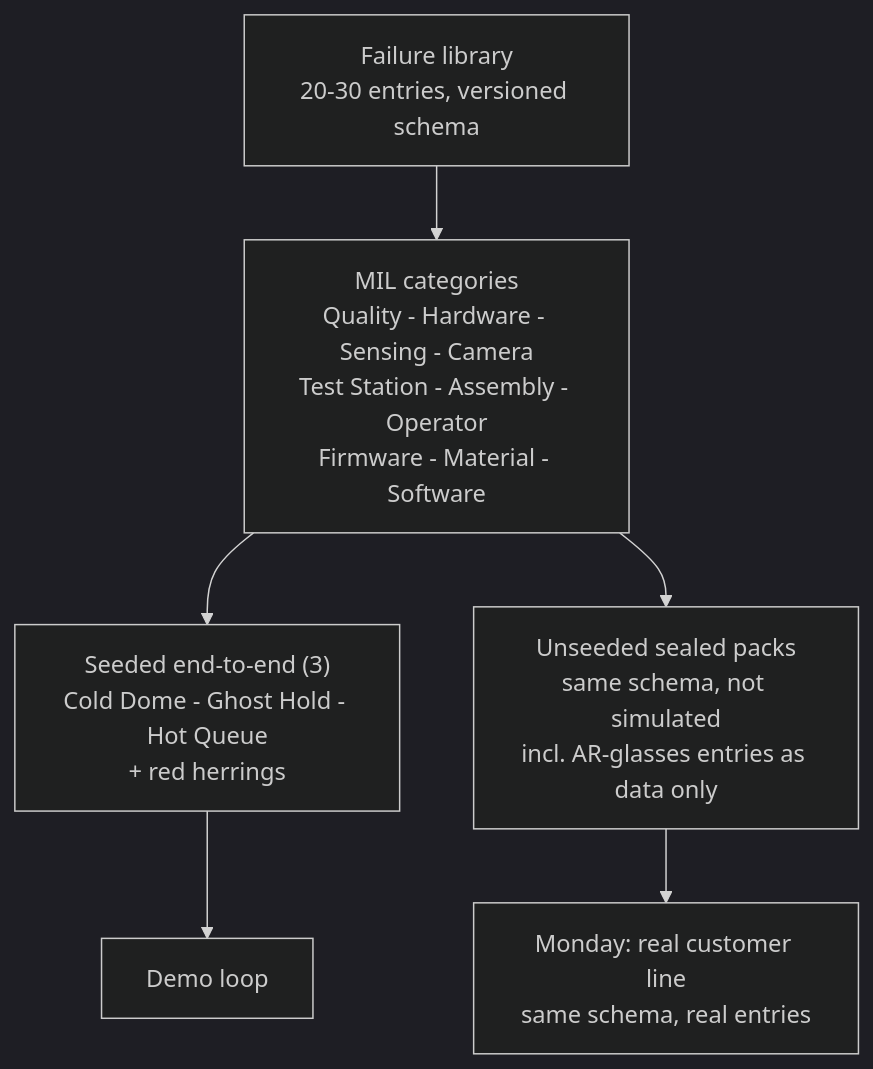
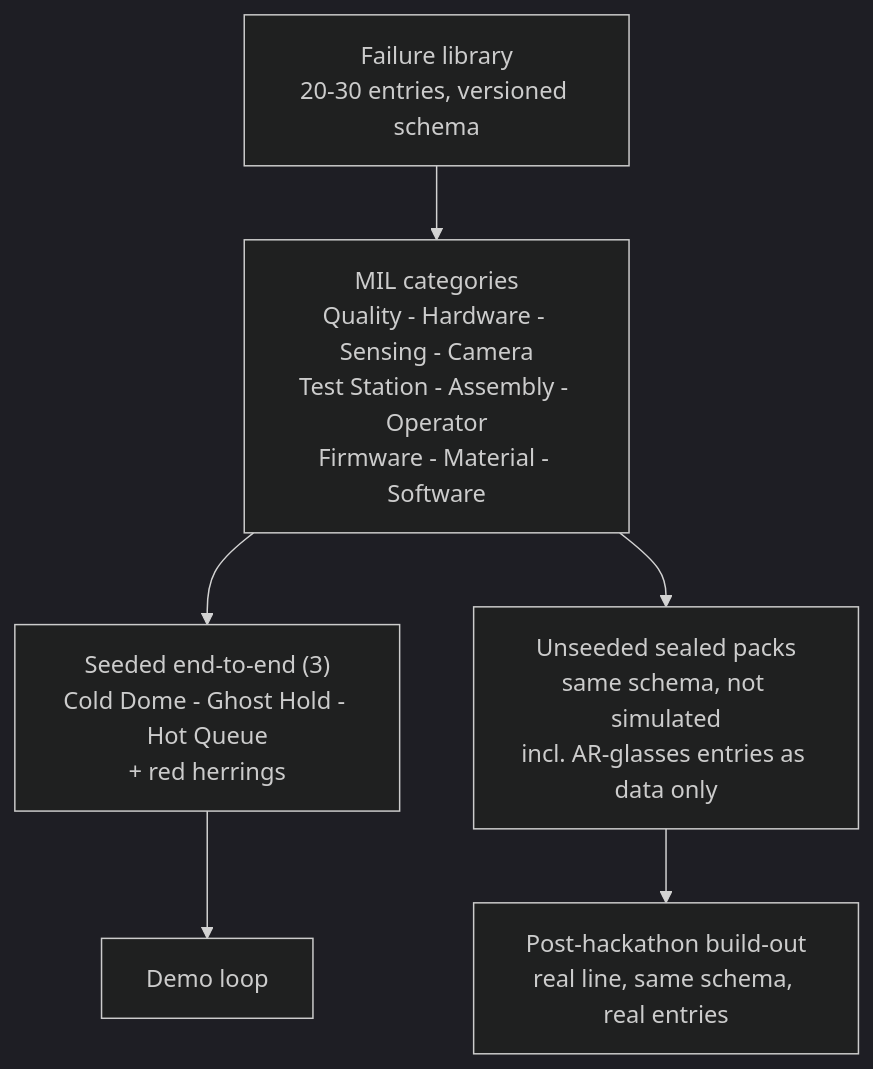
Before and after one commit to benikigai/closeout: the fifth of 6 diagrams in README.md, drawn with Mermaid (dark theme). The commit also changed other lines of this file and 2 other files, not shown here.

Commit message:
Remove N+1 Labs branding: standalone hackathon prototype

````diff
--- a/README.md
+++ b/README.md
@@ -257,8 +257,8 @@
 ```mermaid
 flowchart TD
     lib["Failure library<br/>20-30 entries, versioned schema"] --> cat["MIL categories<br/>Quality - Hardware - Sensing - Camera<br/>Test Station - Assembly - Operator<br/>Firmware - Material - Software"]
     cat --> seeded["Seeded end-to-end (3)<br/>Cold Dome - Ghost Hold - Hot Queue<br/>+ red herrings"]
     cat --> packs["Unseeded sealed packs<br/>same schema, not simulated<br/>incl. AR-glasses entries as data only"]
     seeded --> demo["Demo loop"]
-    packs --> monday["Monday: real customer line<br/>same schema, real entries"]
+    packs --> later["Post-hackathon build-out<br/>real line, same schema, real entries"]
 ```
````
